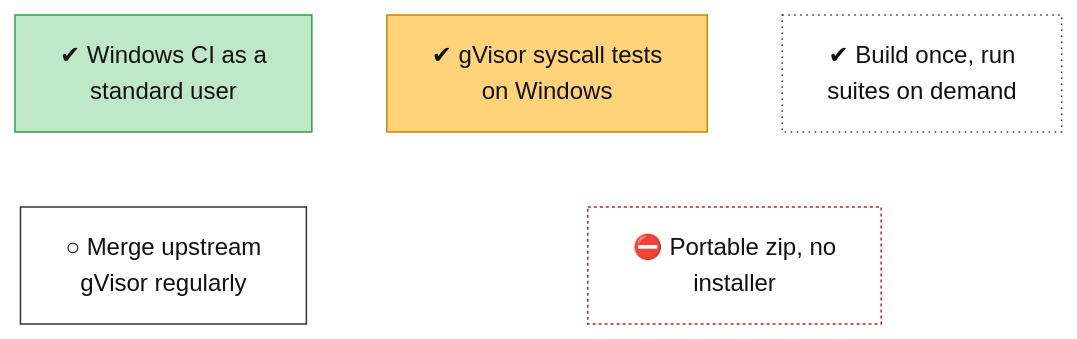
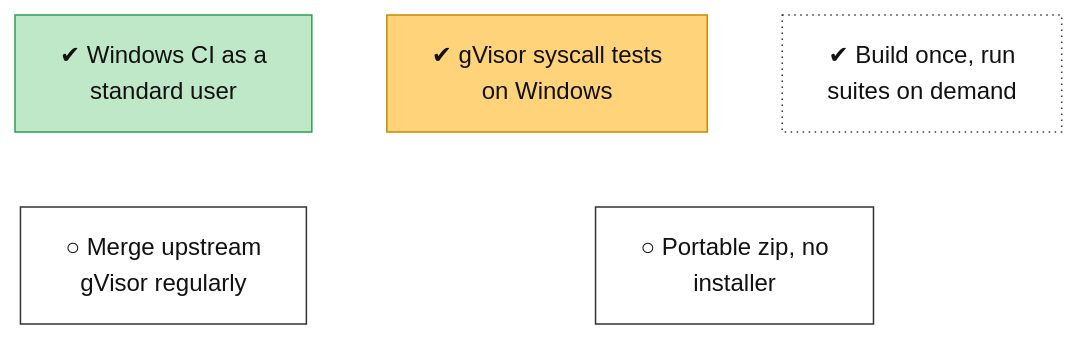
The diagram in docs/roadmap/tracks/ops.md (lhns/gvisor-windows), drawn with Mermaid before and after one commit. The commit also changed other lines of this file and 9 other files, not shown here.

````diff
--- a/docs/roadmap/tracks/ops.md
+++ b/docs/roadmap/tracks/ops.md
@@ -10,30 +10,29 @@
 ```mermaid
 flowchart TB
     ops_windows_ci_standard_user["✔ Windows CI as a<br/>standard user"]
     ops_syscall_tests_on_windows["✔ gVisor syscall tests<br/>on Windows"]
     ops_ci_build_once["✔ Build once, run<br/>suites on demand"]
     ops_upstream_merges["○ Merge upstream<br/>gVisor regularly"]
-    ops_portable_packaging["⛔ Portable zip, no<br/>installer"]
+    ops_portable_packaging["○ Portable zip, no<br/>installer"]
     ops_windows_ci_standard_user ~~~ ops_upstream_merges
     ops_syscall_tests_on_windows ~~~ ops_portable_packaging
     ops_ci_build_once ~~~ ops_portable_packaging
     classDef vsucc fill:#2e9e4f,stroke:#1b6b34,color:#fff
     classDef succ fill:#bfe8c8,stroke:#2e9e4f,color:#111
     classDef mixed fill:#ffd37a,stroke:#c98a00,color:#111
     classDef bad fill:#f28b82,stroke:#b3261e,color:#111
     classDef dead fill:#e6e6e6,stroke:#777,stroke-dasharray:5 5,color:#555
     classDef inprog fill:#a8cdf5,stroke:#1f6fc5,color:#111
     classDef next fill:#fff,stroke:#333,color:#111
     classDef blocked fill:#fff,stroke:#b3261e,stroke-dasharray:2 2,color:#111
     classDef parked fill:#f3f3f3,stroke:#999,color:#555
     classDef unrated fill:#fff,stroke:#333,stroke-dasharray:1 3,color:#111
     classDef gate fill:#d9c2f0,stroke:#7b3fb5,color:#111
     classDef decided fill:#ece0f7,stroke:#7b3fb5,stroke-dasharray:2 2,color:#111
     classDef finding fill:#ffe0b2,stroke:#d84315,stroke-width:2px,color:#111
     classDef waiting fill:#e3f2fd,stroke:#1f6fc5,stroke-dasharray:5 5,color:#111
     class ops_windows_ci_standard_user succ
     class ops_syscall_tests_on_windows mixed
     class ops_ci_build_once unrated
-    class ops_upstream_merges next
-    class ops_portable_packaging blocked
+    class ops_upstream_merges,ops_portable_packaging next
 ```
````
